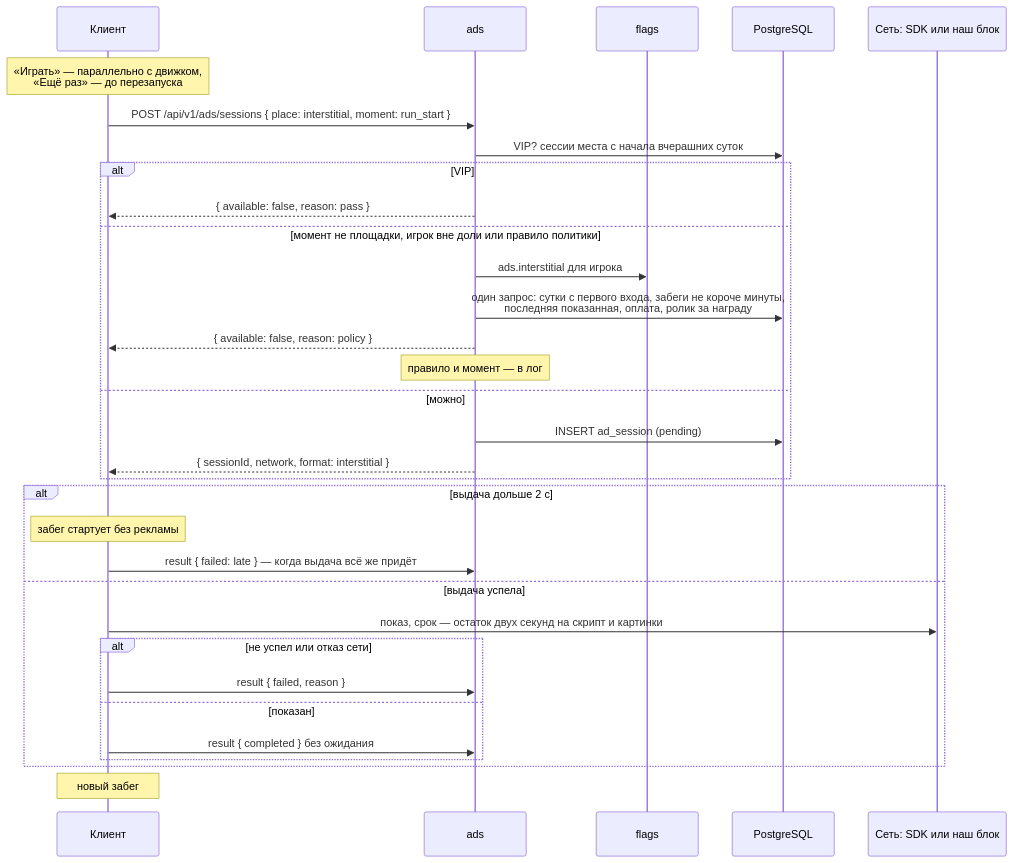
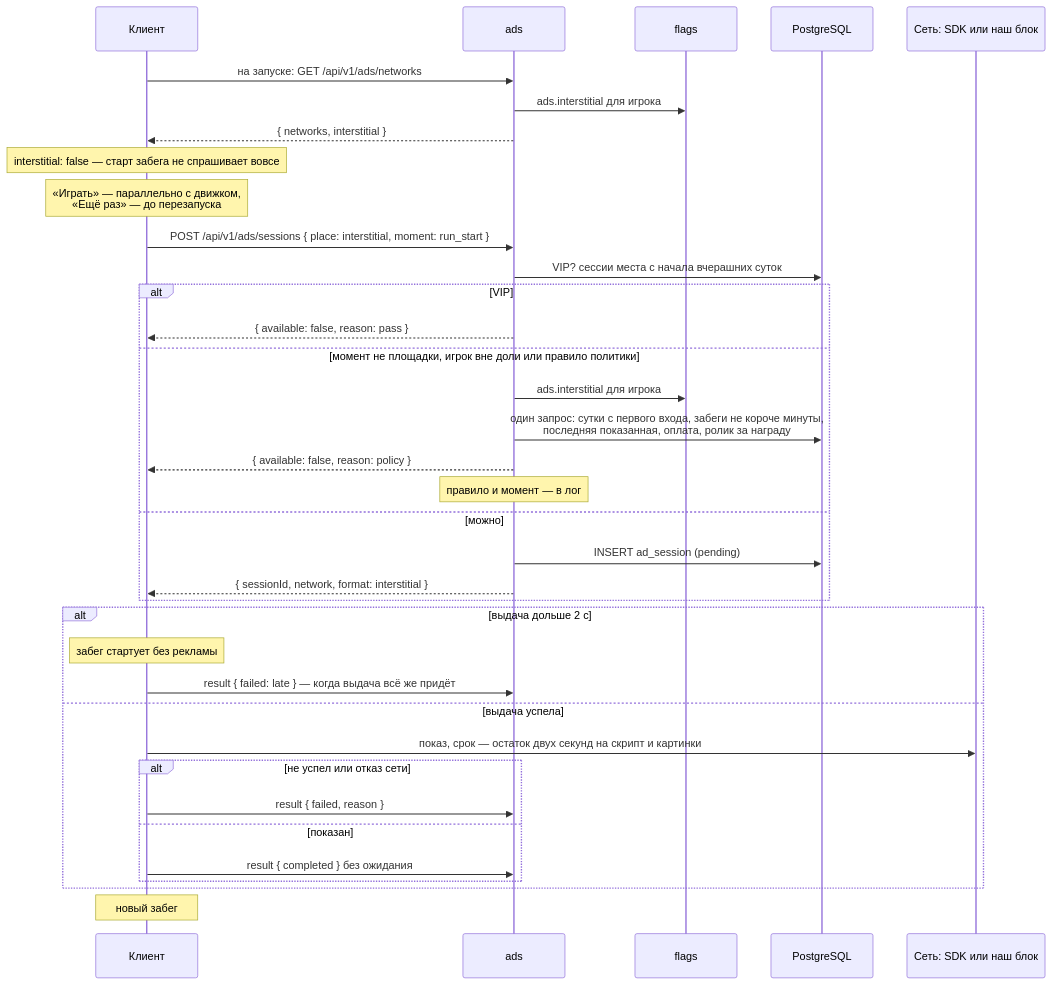
Before and after one commit to JJSGxKD/rubezh: diagram 12 of 31 in docs/21-diagrams.md, drawn with Mermaid. The commit also changed 9 other files, not shown here.

First line of the commit message:
feat(ads): Вне доли выката старт забега не ждёт межстраничную

````diff
--- a/docs/21-diagrams.md
+++ b/docs/21-diagrams.md
@@ -2002,35 +2002,39 @@
 ```mermaid
 sequenceDiagram
     participant C as Клиент
     participant AD as ads
     participant F as flags
     participant DB as PostgreSQL
     participant N as Сеть: SDK или наш блок
 
+    C->>AD: на запуске: GET /api/v1/ads/networks
+    AD->>F: ads.interstitial для игрока
+    AD-->>C: { networks, interstitial }
+    Note over C: interstitial: false — старт забега не спрашивает вовсе
     Note over C: «Играть» — параллельно с движком,<br/>«Ещё раз» — до перезапуска
     C->>AD: POST /api/v1/ads/sessions { place: interstitial, moment: run_start }
     AD->>DB: VIP? сессии места с начала вчерашних суток
     alt VIP
         AD-->>C: { available: false, reason: pass }
     else момент не площадки, игрок вне доли или правило политики
         AD->>F: ads.interstitial для игрока
         AD->>DB: один запрос: сутки с первого входа, забеги не короче минуты,<br/>последняя показанная, оплата, ролик за награду
         AD-->>C: { available: false, reason: policy }
         Note over AD: правило и момент — в лог
     else можно
         AD->>DB: INSERT ad_session (pending)
         AD-->>C: { sessionId, network, format: interstitial }
     end
     alt выдача дольше 2 с
         Note over C: забег стартует без рекламы
         C->>AD: result { failed: late } — когда выдача всё же придёт
     else выдача успела
         C->>N: показ, срок — остаток двух секунд на скрипт и картинки
         alt не успел или отказ сети
             C->>AD: result { failed, reason }
         else показан
             C->>AD: result { completed } без ожидания
         end
     end
     Note over C: новый забег
 ```
````
